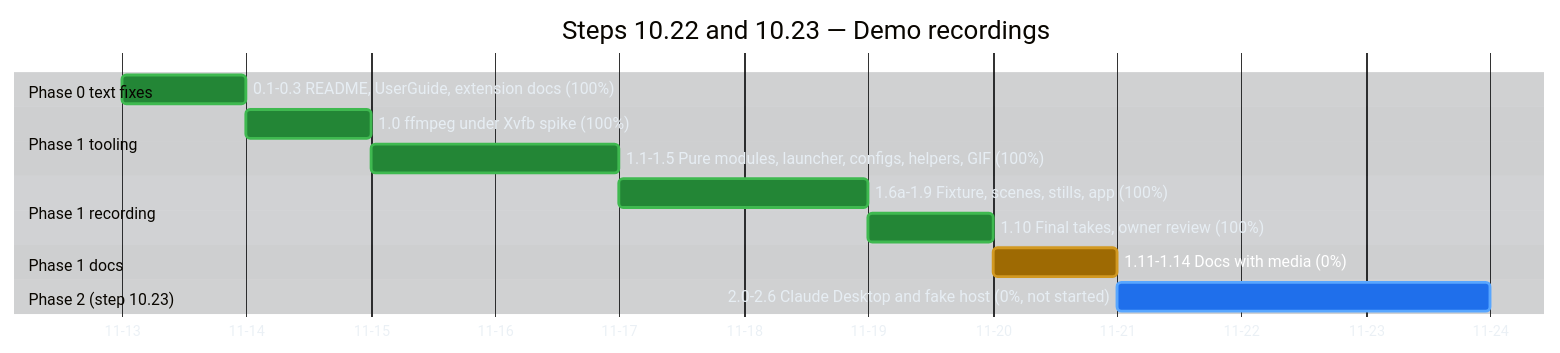
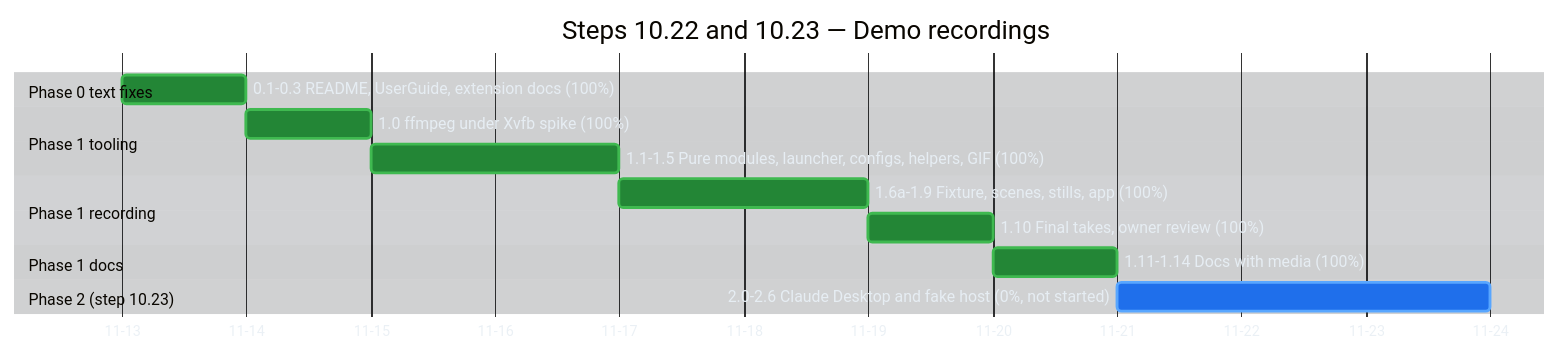
The second of 5 diagrams in docs/implementation-plan-gantt.md (raulkivi/agent-cost-analyzer), drawn with Mermaid before and after one commit. The commit also changed other lines of this file and 2 other files, not shown here.

Commit message:
docs(10.22): Phase 1 exit met; step 10.22 done

````diff
--- a/docs/implementation-plan-gantt.md
+++ b/docs/implementation-plan-gantt.md
@@ -139,51 +139,51 @@
 ```mermaid
 %%{init: {
   "theme": "base",
   "themeVariables": {
     "darkMode": true,
     "background": "#0d1117",
     "textColor": "#e6edf3",
     "primaryTextColor": "#e6edf3",
     "lineColor": "#8b949e",
     "sectionBkgColor": "#161b22",
     "sectionBkgColor2": "#1c2129",
     "altSectionBkgColor": "#0d1117",
     "gridColor": "#30363d",
     "excludeBkgColor": "#161b22",
     "todayLineColor": "#f85149",
     "taskBkgColor": "#1f6feb",
     "taskBorderColor": "#58a6ff",
     "taskTextColor": "#ffffff",
     "taskTextLightColor": "#ffffff",
     "taskTextDarkColor": "#ffffff",
     "taskTextOutsideColor": "#e6edf3",
     "doneTaskBkgColor": "#238636",
     "doneTaskBorderColor": "#3fb950",
     "activeTaskBkgColor": "#9e6a03",
     "activeTaskBorderColor": "#d29922",
     "critBkgColor": "#da3633",
     "critBorderColor": "#f85149"
   }
 }}%%
 gantt
     title Steps 10.22 and 10.23 — Demo recordings
     dateFormat YYYY-MM-DD
     axisFormat %m-%d
 
     section Phase 0 text fixes
     0.1-0.3 README, UserGuide, extension docs (100%) :done, d0, 2026-11-13, 1d
 
     section Phase 1 tooling
     1.0 ffmpeg under Xvfb spike (100%)              :done, d10, after d0, 1d
     1.1-1.5 Pure modules, launcher, configs, helpers, GIF (100%) :done, d11, after d10, 2d
 
     section Phase 1 recording
     1.6a-1.9 Fixture, scenes, stills, app (100%)    :done, d16, after d11, 2d
     1.10 Final takes, owner review (100%)          :done, d110, after d16, 1d
 
     section Phase 1 docs
-    1.11-1.14 Docs with media (0%)                 :active, d111, after d110, 1d
+    1.11-1.14 Docs with media (100%)               :done, d111, after d110, 1d
 
     section Phase 2 (step 10.23)
     2.0-2.6 Claude Desktop and fake host (0%, not started) :d20, after d111, 3d
 ```
````
